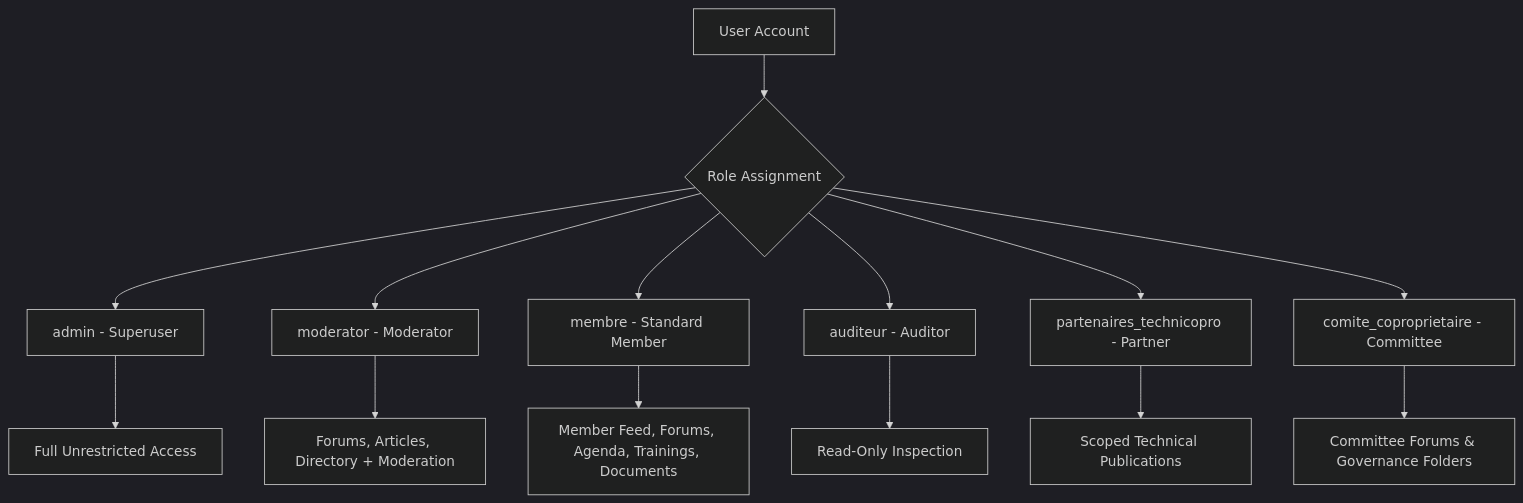
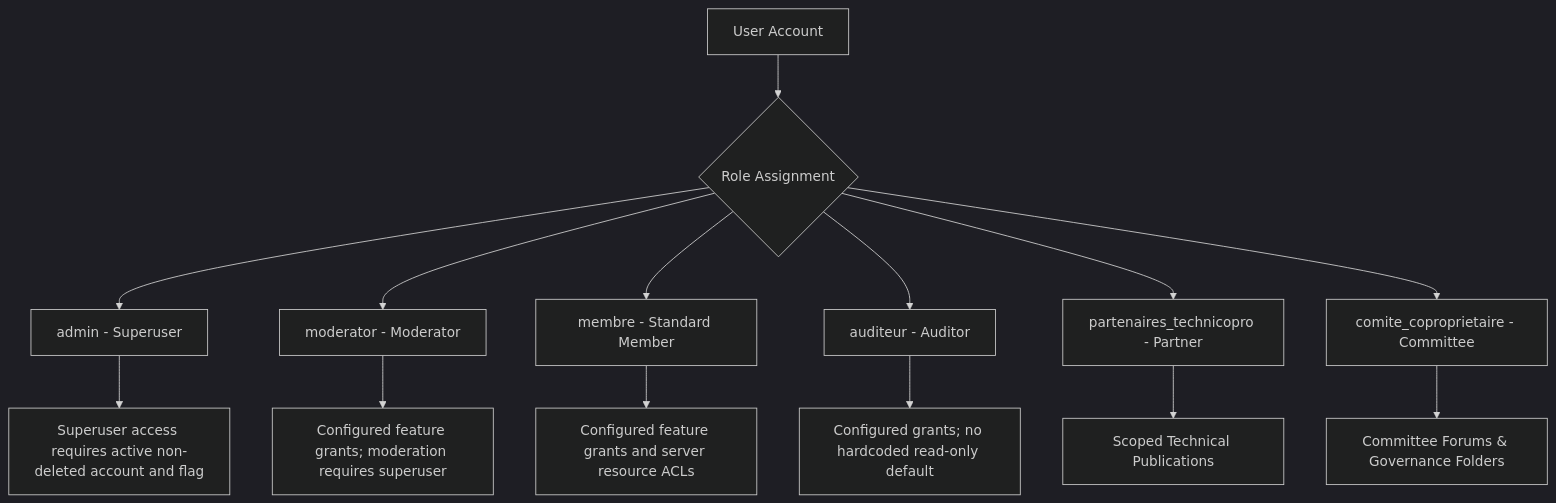
The diagram in docs/user-manual/COMPLETE_USER_MANUAL.md (Omega-Force-Cyber-Monk/passarinhama-frontend), drawn with Mermaid (dark theme) before and after one commit. The commit also changed other lines of this file and 27 other files, not shown here.

````diff
--- a/docs/user-manual/COMPLETE_USER_MANUAL.md
+++ b/docs/user-manual/COMPLETE_USER_MANUAL.md
@@ -96,17 +96,17 @@
 ```mermaid
 graph TD
     A[User Account] --> B{Role Assignment}
     B --> C[admin - Superuser]
     B --> D[moderator - Moderator]
     B --> E[membre - Standard Member]
     B --> F[auditeur - Auditor]
     B --> G[partenaires_technicopro - Partner]
     B --> H[comite_coproprietaire - Committee]
     
-    C --> I[Full Unrestricted Access]
-    D --> J[Forums, Articles, Directory + Moderation]
-    E --> K[Member Feed, Forums, Agenda, Trainings, Documents]
-    F --> L[Read-Only Inspection]
+    C --> I[Superuser access requires active non-deleted account and flag]
+    D --> J[Configured feature grants; moderation requires superuser]
+    E --> K[Configured feature grants and server resource ACLs]
+    F --> L[Configured grants; no hardcoded read-only default]
     G --> M[Scoped Technical Publications]
     H --> N[Committee Forums & Governance Folders]
 ```
````
